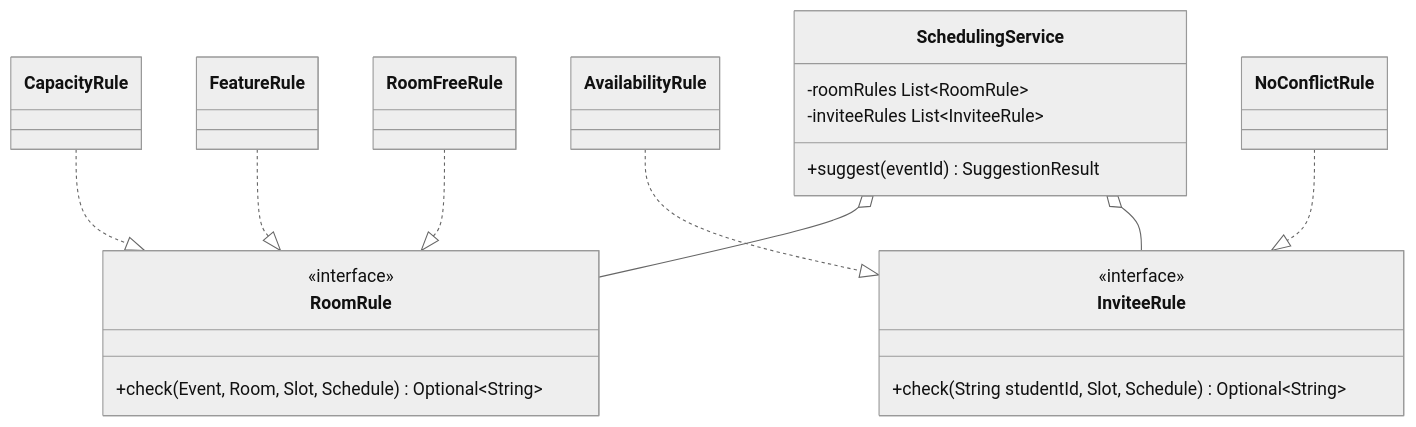
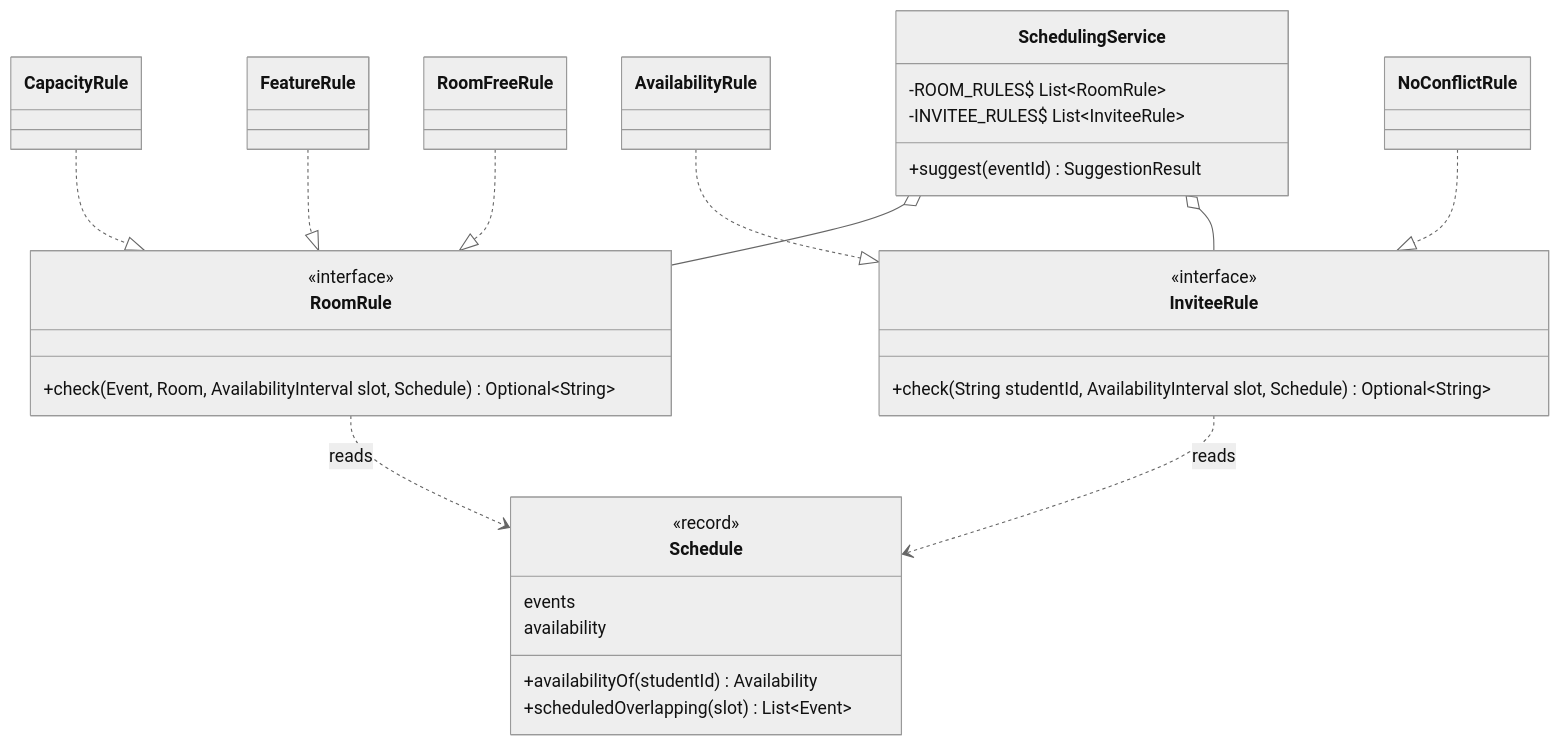
Before and after one commit to wharfman/SENG300Project: the third of 3 diagrams in docs/design.md, drawn with Mermaid (neutral theme). The commit also changed other lines of this file and 5 other files, not shown here.

````diff
--- a/docs/design.md
+++ b/docs/design.md
@@ -411,28 +439,37 @@
 ```mermaid
 classDiagram
     class RoomRule {
         <<interface>>
-        +check(Event, Room, Slot, Schedule) Optional~String~
+        +check(Event, Room, AvailabilityInterval slot, Schedule) Optional~String~
     }
     class InviteeRule {
         <<interface>>
-        +check(String studentId, Slot, Schedule) Optional~String~
+        +check(String studentId, AvailabilityInterval slot, Schedule) Optional~String~
+    }
+    class Schedule {
+        <<record>>
+        events
+        availability
+        +availabilityOf(studentId) Availability
+        +scheduledOverlapping(slot) List~Event~
     }
     class CapacityRule
     class FeatureRule
     class RoomFreeRule
     class AvailabilityRule
     class NoConflictRule
     class SchedulingService {
-        -roomRules List~RoomRule~
-        -inviteeRules List~InviteeRule~
+        -ROOM_RULES$ List~RoomRule~
+        -INVITEE_RULES$ List~InviteeRule~
         +suggest(eventId) SuggestionResult
     }
+    RoomRule ..> Schedule : reads
+    InviteeRule ..> Schedule : reads
     CapacityRule ..|> RoomRule
     FeatureRule ..|> RoomRule
     RoomFreeRule ..|> RoomRule
     AvailabilityRule ..|> InviteeRule
     NoConflictRule ..|> InviteeRule
     SchedulingService o-- RoomRule
     SchedulingService o-- InviteeRule
 ```
````
